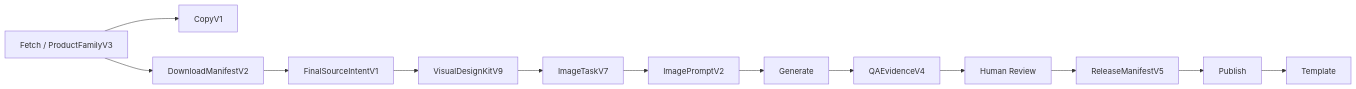
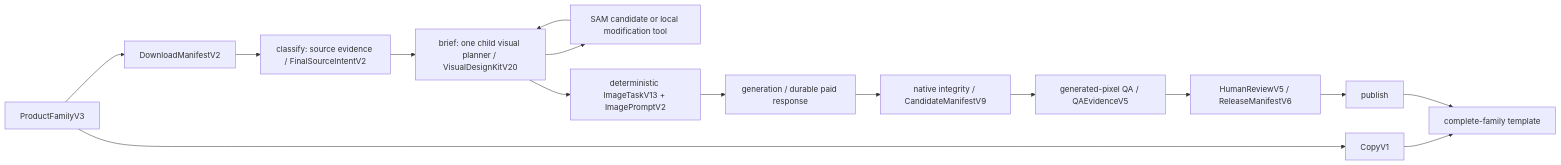
One commit to ecofree/amazon-listing-factory changed the diagram in docs/architecture.md. Above: the diagram before and after it, drawn with Mermaid. The commit also changed other lines of this file and 323 other files, not shown here.

````diff
--- a/docs/architecture.md
+++ b/docs/architecture.md
@@ -5,15 +6,17 @@
 ```mermaid
 flowchart LR
-  A["Fetch / ProductFamilyV3"] --> B["CopyV1"]
+  A["ProductFamilyV3"] --> B["CopyV1"]
   A --> C["DownloadManifestV2"]
-  C --> D["FinalSourceIntentV1"]
-  D --> E["VisualDesignKitV9"]
-  E --> T["ImageTaskV7"]
-  T --> P["ImagePromptV2"]
-  P --> F["Generate"]
-  F --> G["QAEvidenceV4"]
-  G --> H["Human Review"]
-  H --> I["ReleaseManifestV5"]
-  I --> J["Publish"]
-  J --> K["Template"]
+  C --> D["classify: source evidence / FinalSourceIntentV2"]
+  D --> E["brief: one child visual planner / VisualDesignKitV20"]
+  E --> S["SAM candidate or local modification tool"]
+  S --> E
+  E --> T["deterministic ImageTaskV13 + ImagePromptV2"]
+  T --> G["generation / durable paid response"]
+  G --> N["native integrity / CandidateManifestV9"]
+  N --> Q["generated-pixel QA / QAEvidenceV5"]
+  Q --> H["HumanReviewV5 / ReleaseManifestV6"]
+  H --> P["publish"]
+  B --> X["complete-family template"]
+  P --> X
 ```
````
